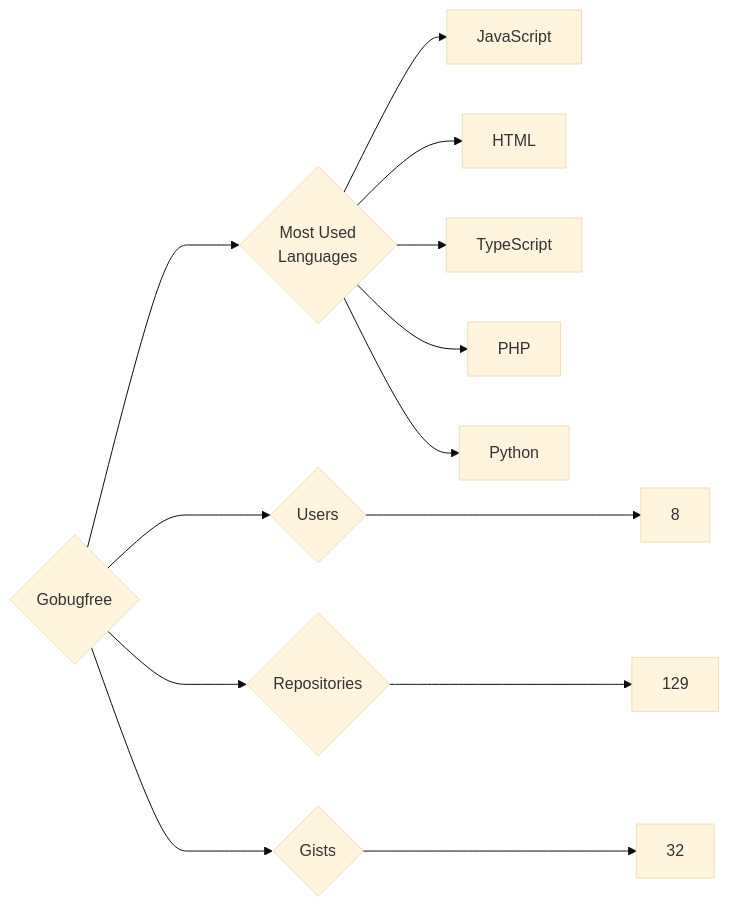
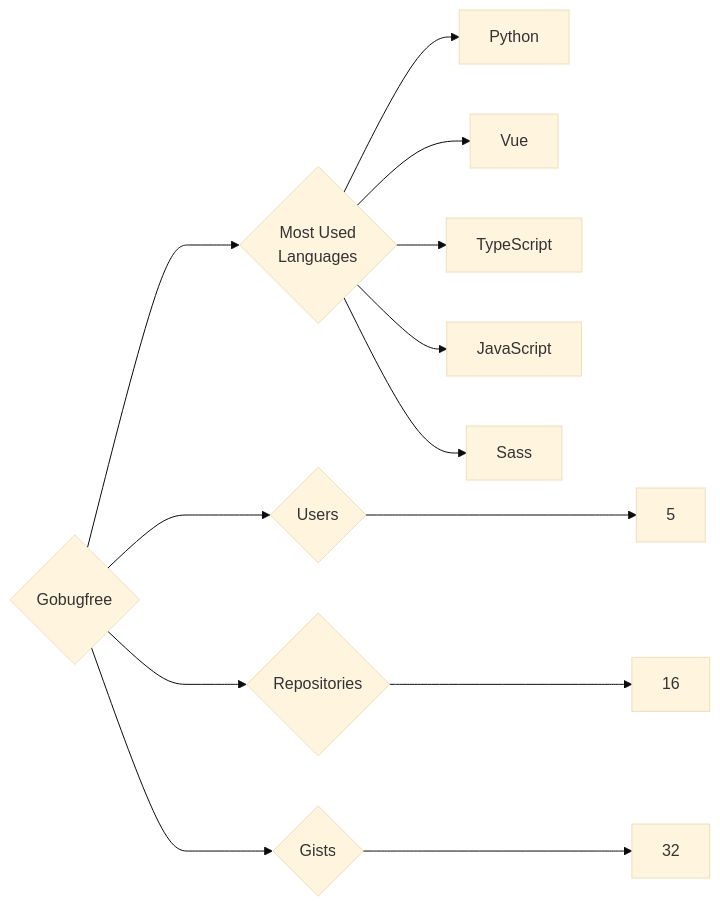
Before and after one commit to trickest/insiders: the diagram in targets/Gobugfree/README.md, drawn with Mermaid (base theme). The commit also changed 1020 other files, not shown here.

````diff
--- a/targets/Gobugfree/README.md
+++ b/targets/Gobugfree/README.md
@@ -3,13 +3,13 @@
 ```mermaid
 graph LR
 COMPANY_NAME{Gobugfree}
-COMPANY_NAME ---> U{Users} ---> UN[8]
-COMPANY_NAME ---> R{Repositories} ---> RN[129]
+COMPANY_NAME ---> U{Users} ---> UN[5]
+COMPANY_NAME ---> R{Repositories} ---> RN[16]
 COMPANY_NAME ---> G{Gists} ---> GN[32]
 COMPANY_NAME ---> ML{Most Used<br>Languages}
+ML --> Python[Python]
+ML --> Vue[Vue]
+ML --> TypeScript[TypeScript]
 ML --> JavaScript[JavaScript]
-ML --> HTML[HTML]
-ML --> TypeScript[TypeScript]
-ML --> PHP[PHP]
-ML --> Python[Python]
+ML --> Sass[Sass]
 ```
````
